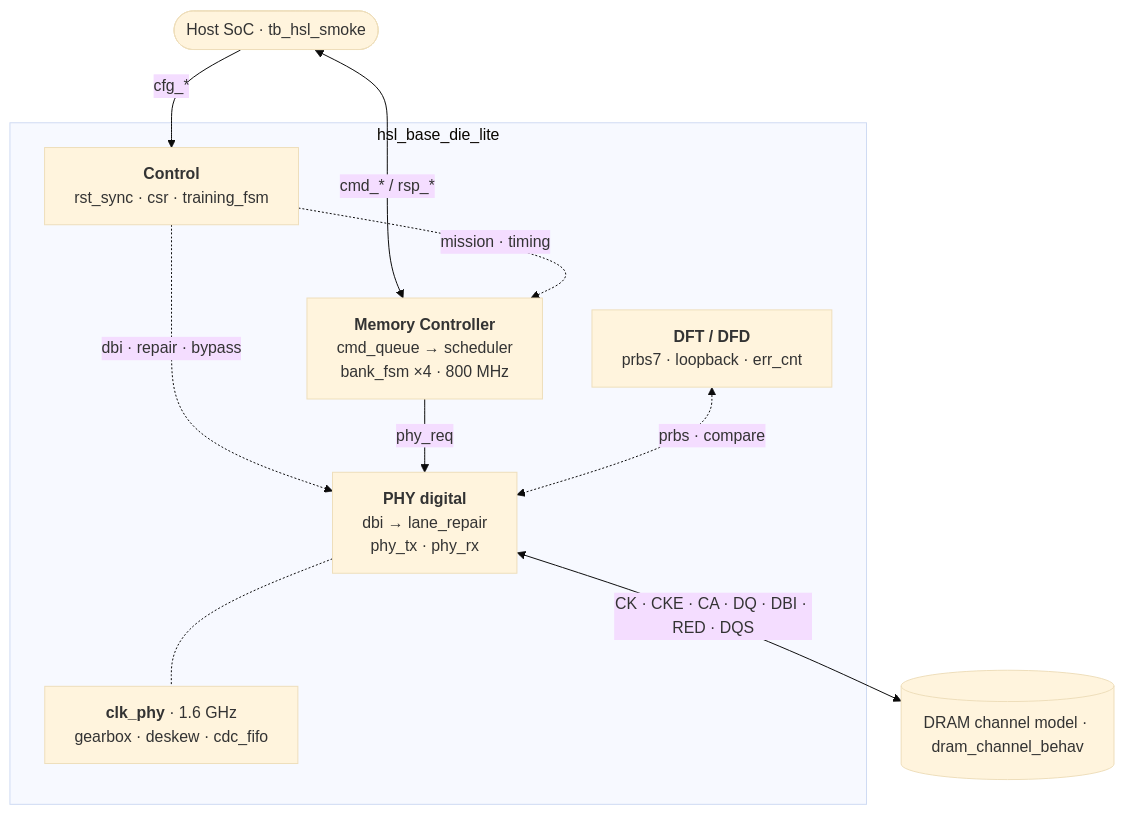
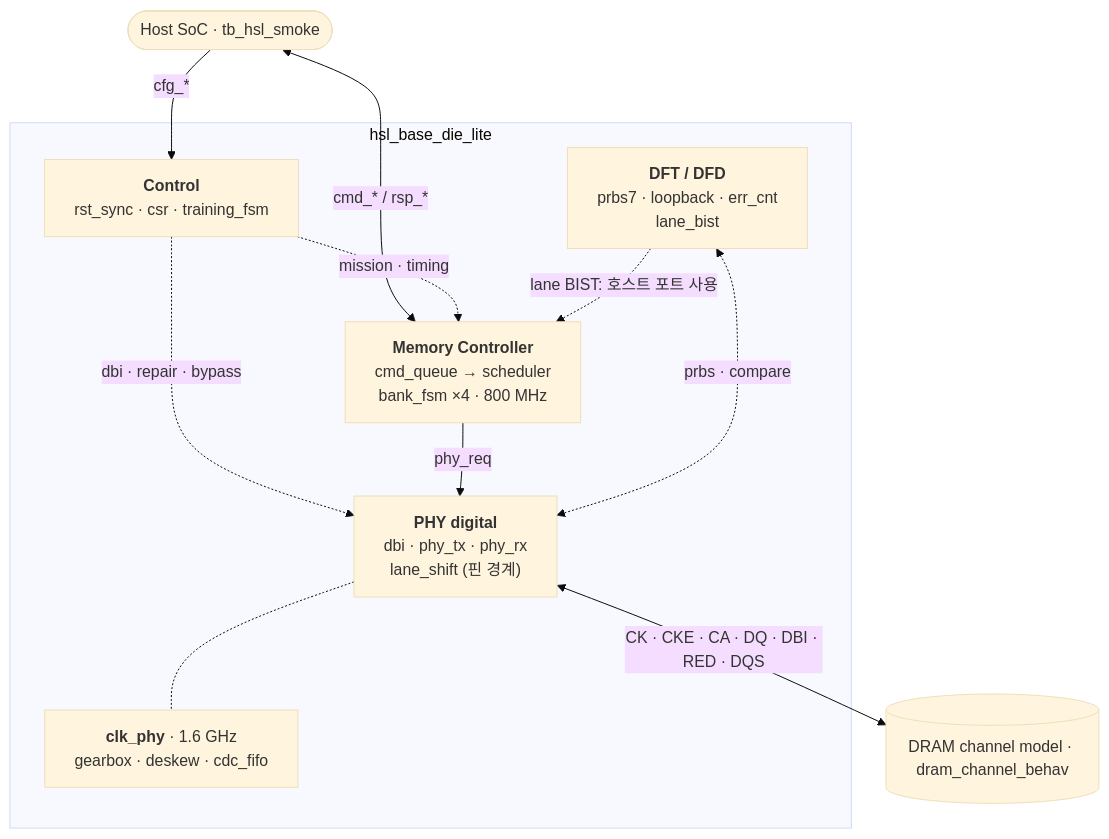
The diagram in README.md (yhkwon-git/High_Speed_Link_Lite), drawn with Mermaid (base theme) before and after one commit. The commit also changed other lines of this file and 6 other files, not shown here.

First line of the commit message:
Document the shift lane repair and the detect, remap, retest flow.

````diff
--- a/README.md
+++ b/README.md
@@ -53,20 +53,21 @@
 ```mermaid
 flowchart TB
   HOST(["Host SoC · tb_hsl_smoke"])
   subgraph TOP["hsl_base_die_lite"]
     CTRL["<b>Control</b><br/>rst_sync · csr · training_fsm"]
     MC["<b>Memory Controller</b><br/>cmd_queue → scheduler<br/>bank_fsm ×4 · 800 MHz"]
-    PHY["<b>PHY digital</b><br/>dbi → lane_repair<br/>phy_tx · phy_rx"]
-    DFT["<b>DFT / DFD</b><br/>prbs7 · loopback · err_cnt"]
+    PHY["<b>PHY digital</b><br/>dbi · phy_tx · phy_rx<br/>lane_shift (핀 경계)"]
+    DFT["<b>DFT / DFD</b><br/>prbs7 · loopback · err_cnt<br/>lane_bist"]
     CDC["<b>clk_phy</b> · 1.6 GHz<br/>gearbox · deskew · cdc_fifo"]
   end
   DRAM[("DRAM channel model · dram_channel_behav")]
   HOST -->|"cfg_*"| CTRL
   HOST <-->|"cmd_* / rsp_*"| MC
   CTRL -.->|"mission · timing"| MC
   CTRL -.->|"dbi · repair · bypass"| PHY
   MC -->|"phy_req"| PHY
   DFT <-.->|"prbs · compare"| PHY
+  DFT -.->|"lane BIST: 호스트 포트 사용"| MC
   PHY -.- CDC
   PHY <-->|"CK · CKE · CA · DQ · DBI · RED · DQS"| DRAM
 ```
````
